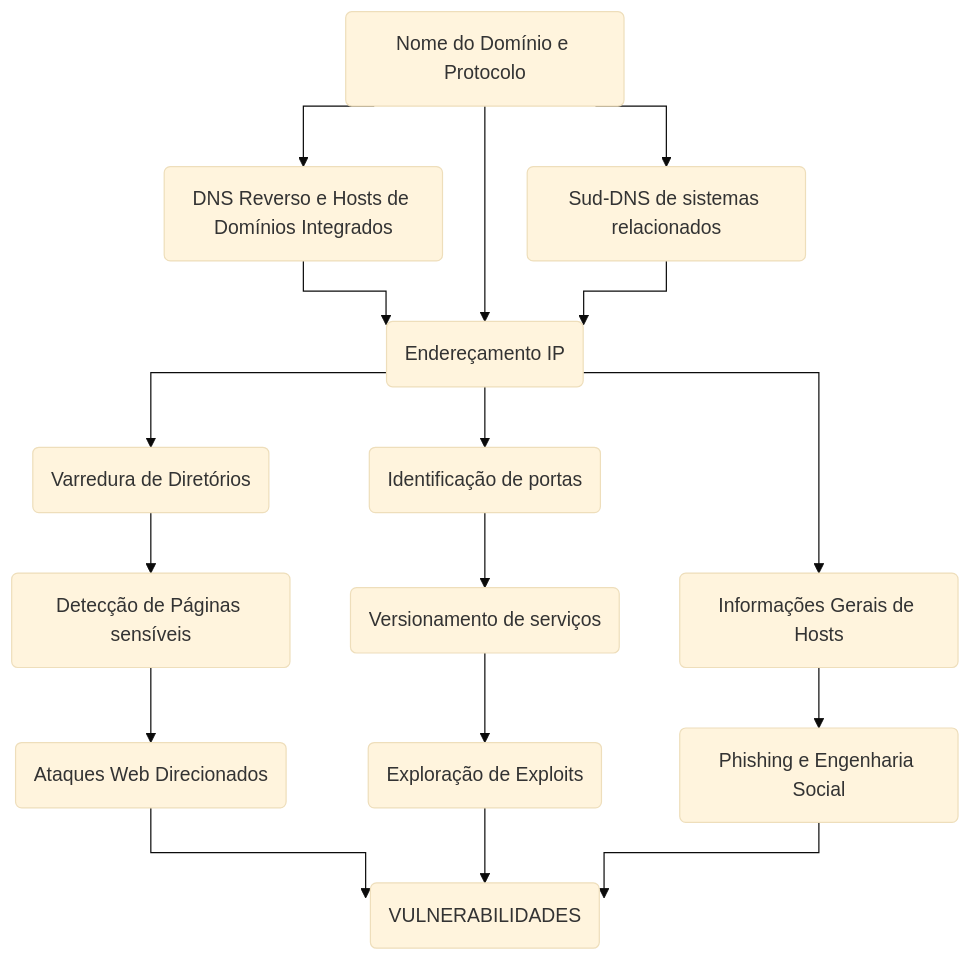
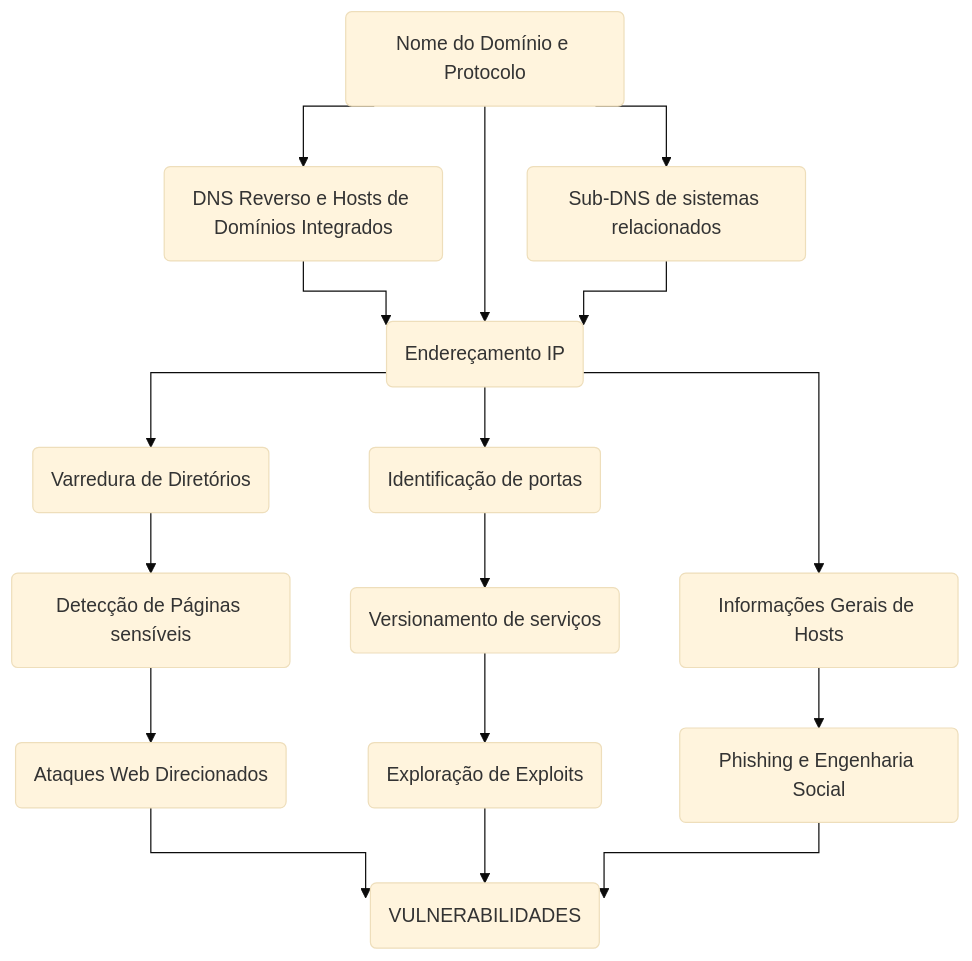
One commit to ExeKaliBurr/ExeKaliBurr changed the diagram in Manual/workflow.md. Above: the diagram before and after it, drawn with Mermaid (base theme).

````diff
--- a/Manual/workflow.md
+++ b/Manual/workflow.md
@@ -11,21 +11,21 @@
 ```mermaid
 
 %%{ init: { 'flowchart': { 'curve': 'stepAfter' } } }%%
 flowchart TB
     A(Nome do Domínio e Protocolo) --> B(DNS Reverso e Hosts de Domínios Integrados)
     B --> C(Endereçamento IP)
      A --> C
-    A --> D(Sud-DNS de sistemas relacionados)
+    A --> D(Sub-DNS de sistemas relacionados)
     D --> C
    C --> E(Identificação de portas)
    C --> F(Varredura de Diretórios)
    C --> H(Informações Gerais de Hosts)
    E --> I(Versionamento de serviços)
    F --> J(Detecção de Páginas sensíveis)
    H --> K(Phishing e Engenharia Social)
    I --> L(Exploração de Exploits)
    J --> M(Ataques Web Direcionados)
    M -->N(VULNERABILIDADES)
    L -->N
    K -->N
 ```
````
